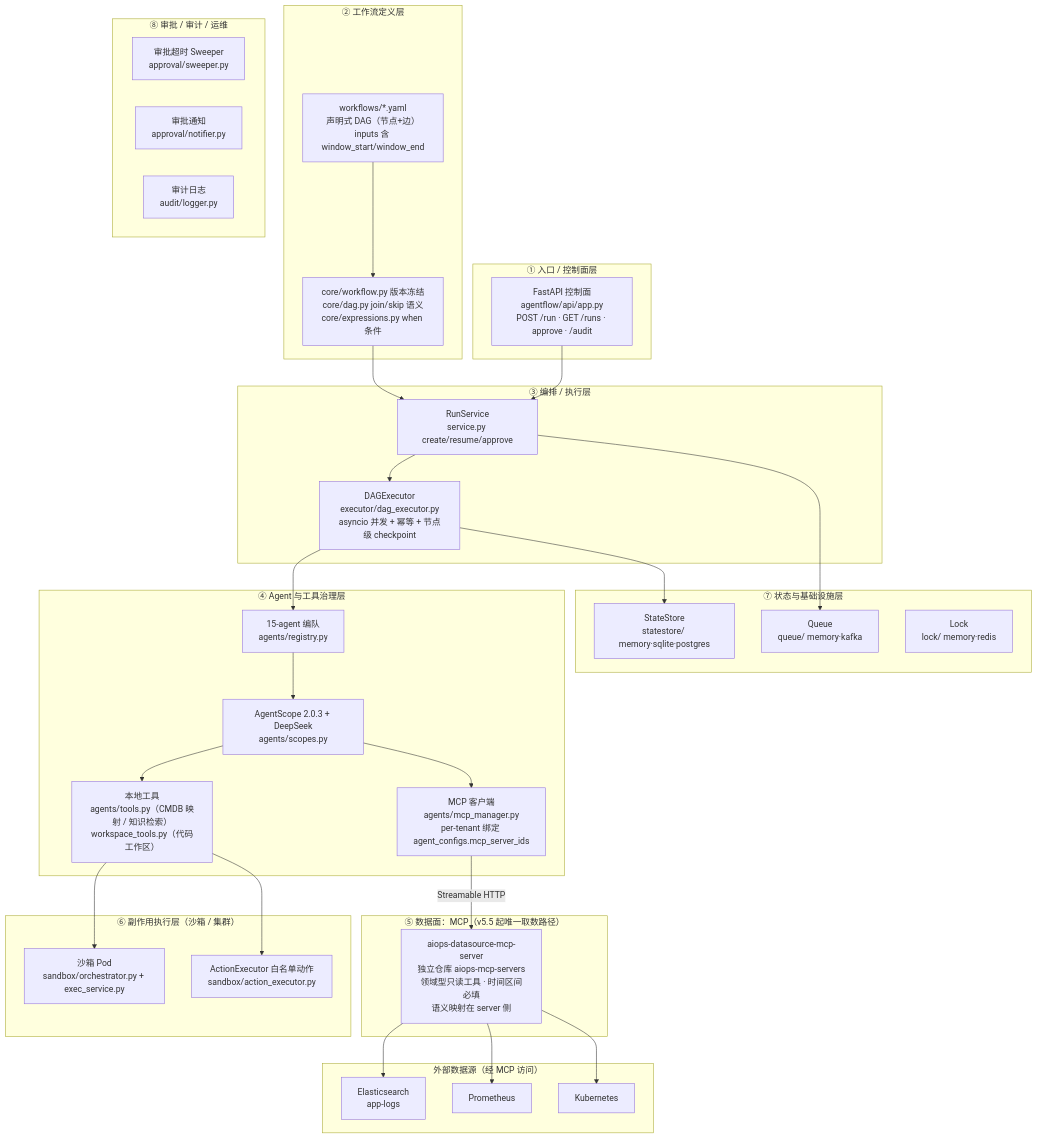
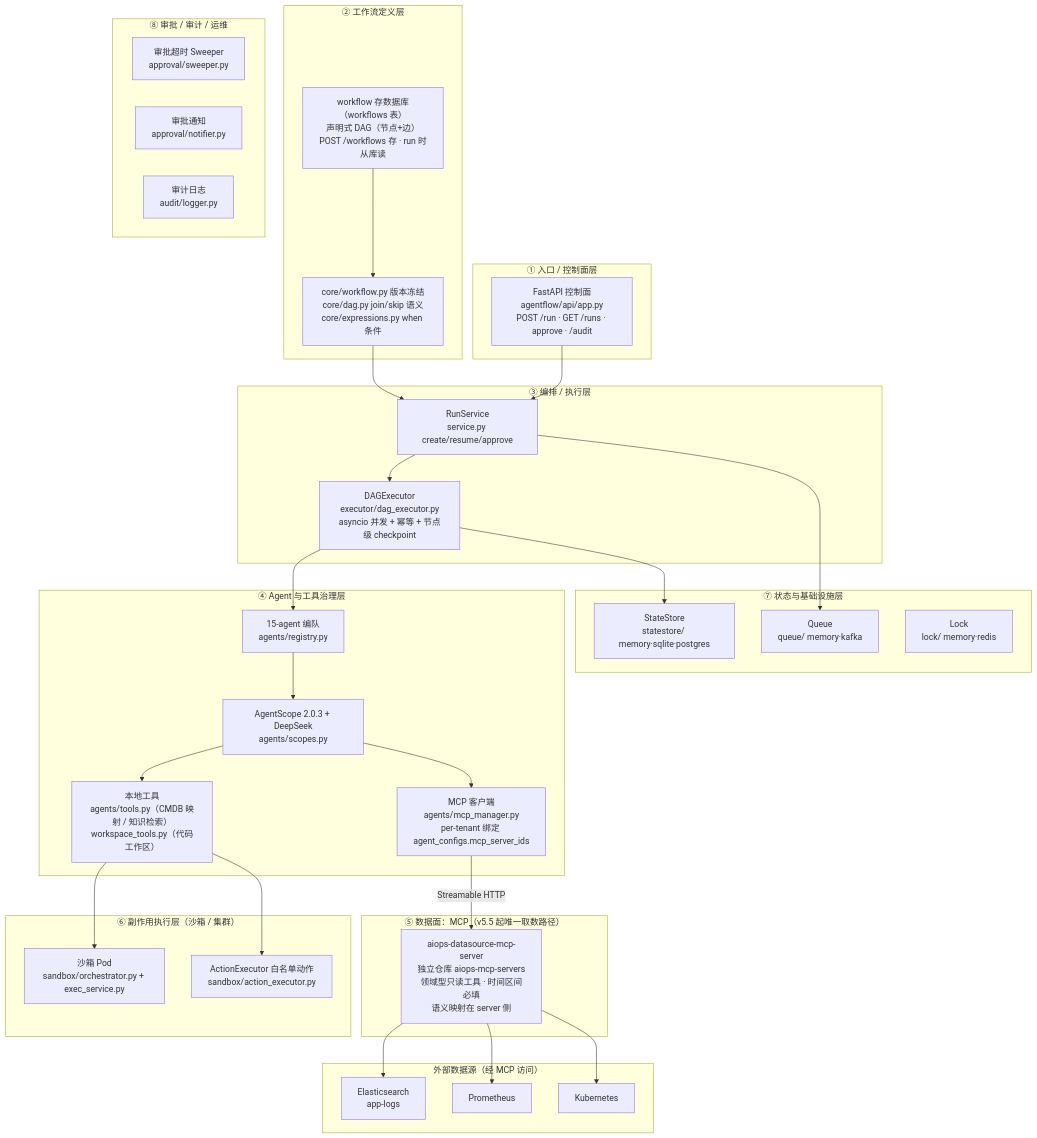
One commit to aiops-platform/multi-agent-workflow changed the first of 2 diagrams in PROJECT_FLOW_zh-CN.md. Above: the diagram before and after it, drawn with Mermaid. The commit also changed 21 other files, not shown here.

First line of the commit message:
chore(workflows): 删除仓库里的 workflow YAML 与其消费代码 —— 真源是数据库

````diff
--- a/PROJECT_FLOW_zh-CN.md
+++ b/PROJECT_FLOW_zh-CN.md
@@ -10,66 +10,66 @@
 ```mermaid
 flowchart TB
     subgraph L1["① 入口 / 控制面层"]
         API["FastAPI 控制面<br/>agentflow/api/app.py<br/>POST /run · GET /runs · approve · /audit"]
     end
 
     subgraph L2["② 工作流定义层"]
-        WF["workflows/*.yaml<br/>声明式 DAG（节点+边）<br/>inputs 含 window_start/window_end"]
+        WF["workflow 存数据库（workflows 表）<br/>声明式 DAG（节点+边）<br/>POST /workflows 存 · run 时从库读"]
         CORE["core/workflow.py 版本冻结<br/>core/dag.py join/skip 语义<br/>core/expressions.py when 条件"]
     end
 
     subgraph L3["③ 编排 / 执行层"]
         SVC["RunService<br/>service.py create/resume/approve"]
         EX["DAGExecutor<br/>executor/dag_executor.py<br/>asyncio 并发 + 幂等 + 节点级 checkpoint"]
     end
 
     subgraph L4["④ Agent 与工具治理层"]
         REG["15-agent 编队<br/>agents/registry.py"]
         SCOPE["AgentScope 2.0.3 + DeepSeek<br/>agents/scopes.py"]
         TOOL["本地工具<br/>agents/tools.py（CMDB 映射 / 知识检索）<br/>workspace_tools.py（代码工作区）"]
         MCPC["MCP 客户端<br/>agents/mcp_manager.py<br/>per-tenant 绑定 agent_configs.mcp_server_ids"]
     end
 
     subgraph L45["⑤ 数据面：MCP（v5.5 起唯一取数路径）"]
         MCPS["aiops-datasource-mcp-server<br/>独立仓库 aiops-mcp-servers<br/>领域型只读工具 · 时间区间必填<br/>语义映射在 server 侧"]
     end
 
     subgraph L5["⑥ 副作用执行层（沙箱 / 集群）"]
         SB["沙箱 Pod<br/>sandbox/orchestrator.py + exec_service.py"]
         AE["ActionExecutor 白名单动作<br/>sandbox/action_executor.py"]
     end
 
     subgraph L6["⑦ 状态与基础设施层"]
         SS["StateStore<br/>statestore/ memory·sqlite·postgres"]
         Q["Queue<br/>queue/ memory·kafka"]
         LK["Lock<br/>lock/ memory·redis"]
     end
 
     subgraph L7["⑧ 审批 / 审计 / 运维"]
         SW["审批超时 Sweeper<br/>approval/sweeper.py"]
         NT["审批通知<br/>approval/notifier.py"]
         AU["审计日志<br/>audit/logger.py"]
     end
 
     subgraph EXT["外部数据源（经 MCP 访问）"]
         ES["Elasticsearch<br/>app-logs"]
         PM["Prometheus"]
         K8S["Kubernetes"]
     end
 
     API --> SVC
     WF --> CORE --> SVC
     SVC --> EX
     EX --> REG
     REG --> SCOPE
     SCOPE --> TOOL
     SCOPE --> MCPC
     MCPC -->|Streamable HTTP| MCPS
     MCPS --> ES
     MCPS --> PM
     MCPS --> K8S
     TOOL --> SB
     TOOL --> AE
     EX --> SS
     SVC --> Q
 ```
````
